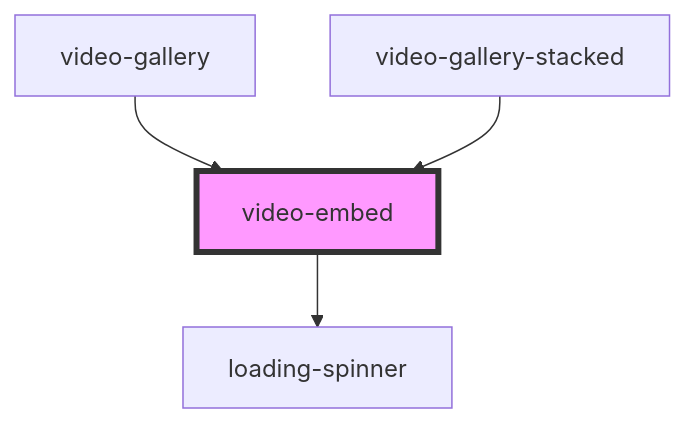
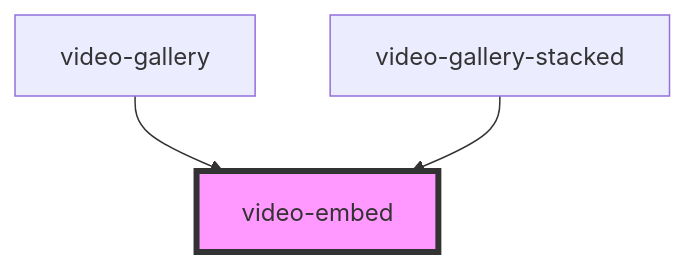
One commit to dev-kylo/component_library changed the diagram in src/components/videos/video-embed/readme.md. Above: the diagram before and after it, drawn with Mermaid. The commit also changed other lines of this file and 30 other files, not shown here.

````diff
--- a/src/components/videos/video-embed/readme.md
+++ b/src/components/videos/video-embed/readme.md
@@ -28,7 +24,6 @@
 ```mermaid
 graph TD;
-  video-embed --> loading-spinner
   video-gallery --> video-embed
   video-gallery-stacked --> video-embed
   style video-embed fill:#f9f,stroke:#333,stroke-width:4px
 ```
````
